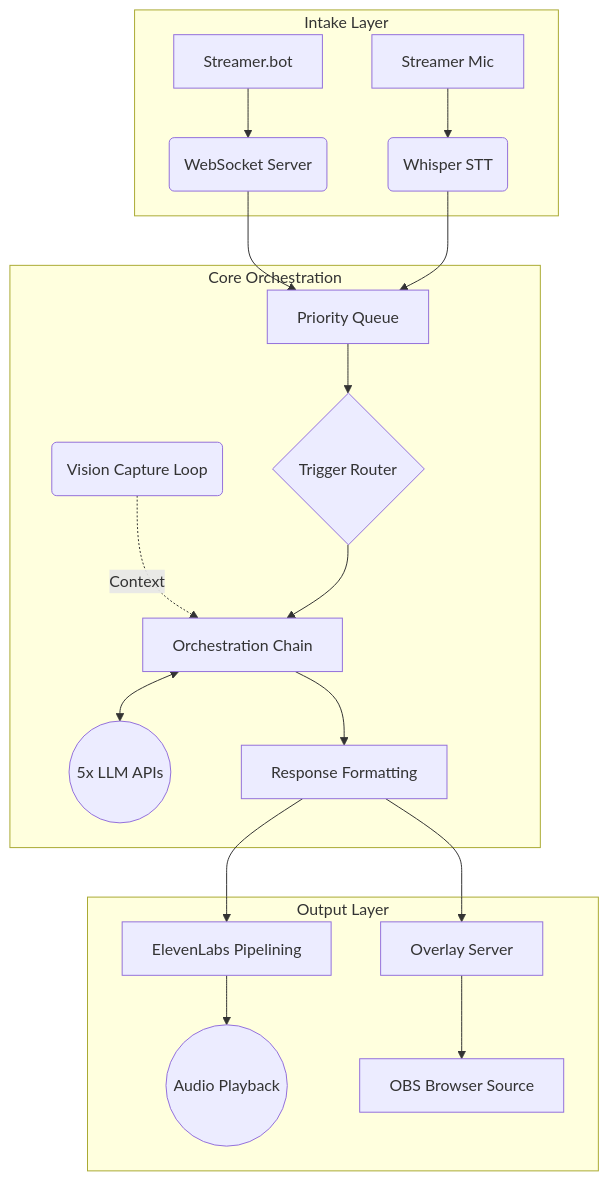
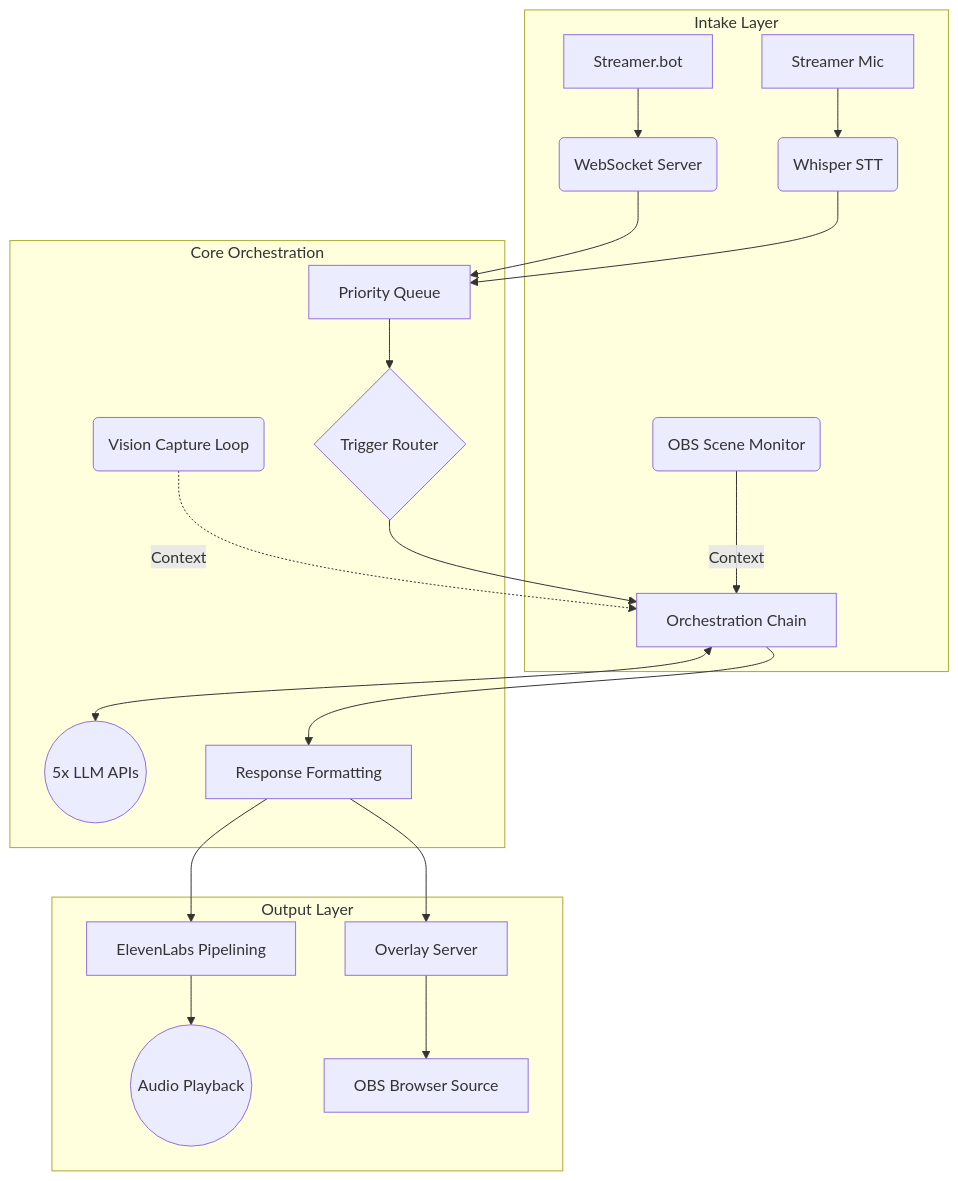
Before and after one commit to Moonie8t7/The_Party: the diagram in README.md, drawn with Mermaid. The commit also changed other lines of this file and 1 other file, not shown here.

Commit message:
Final documentation alignment: Updated README and SETUP to reflect package structure and Scene Awareness

````diff
--- a/README.md
+++ b/README.md
@@ -38,27 +39,28 @@
 ```mermaid
 graph TD
     subgraph Intake Layer
         SB[Streamer.bot] --> WS(WebSocket Server)
         Mic[Streamer Mic] --> STT(Whisper STT)
+        Scene(OBS Scene Monitor) -- Context --> Chain
     end
 
     subgraph Core Orchestration
         WS --> Queue[Priority Queue]
         STT --> Queue
         Queue --> Router{Trigger Router}
         
         Vision(Vision Capture Loop) -. Context .-> Chain
         Router --> Chain[Orchestration Chain]
         
         Chain <--> Models((5x LLM APIs))
         Chain --> Repair[Response Formatting]
     end
 
     subgraph Output Layer
         Repair --> TTS[ElevenLabs Pipelining]
         Repair --> UI[Overlay Server]
         
         TTS --> VoiceOut((Audio Playback))
         UI --> Overlay[OBS Browser Source]
     end
 ```
````
